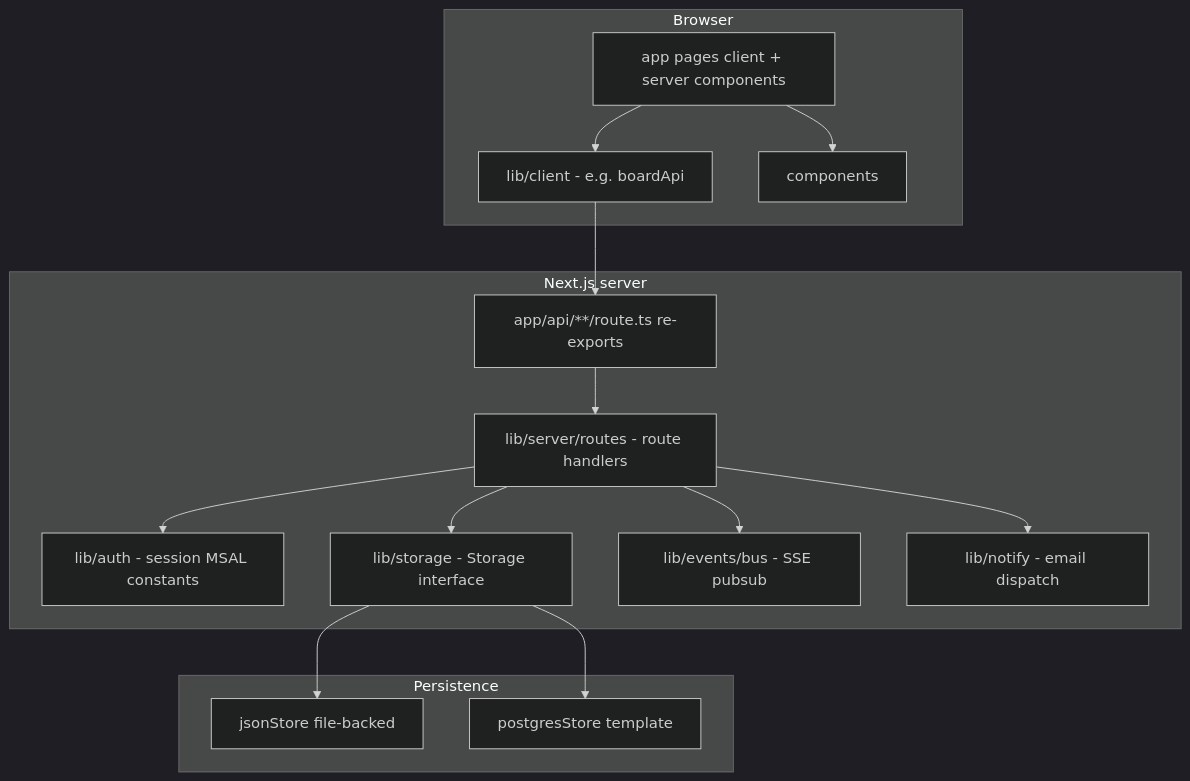
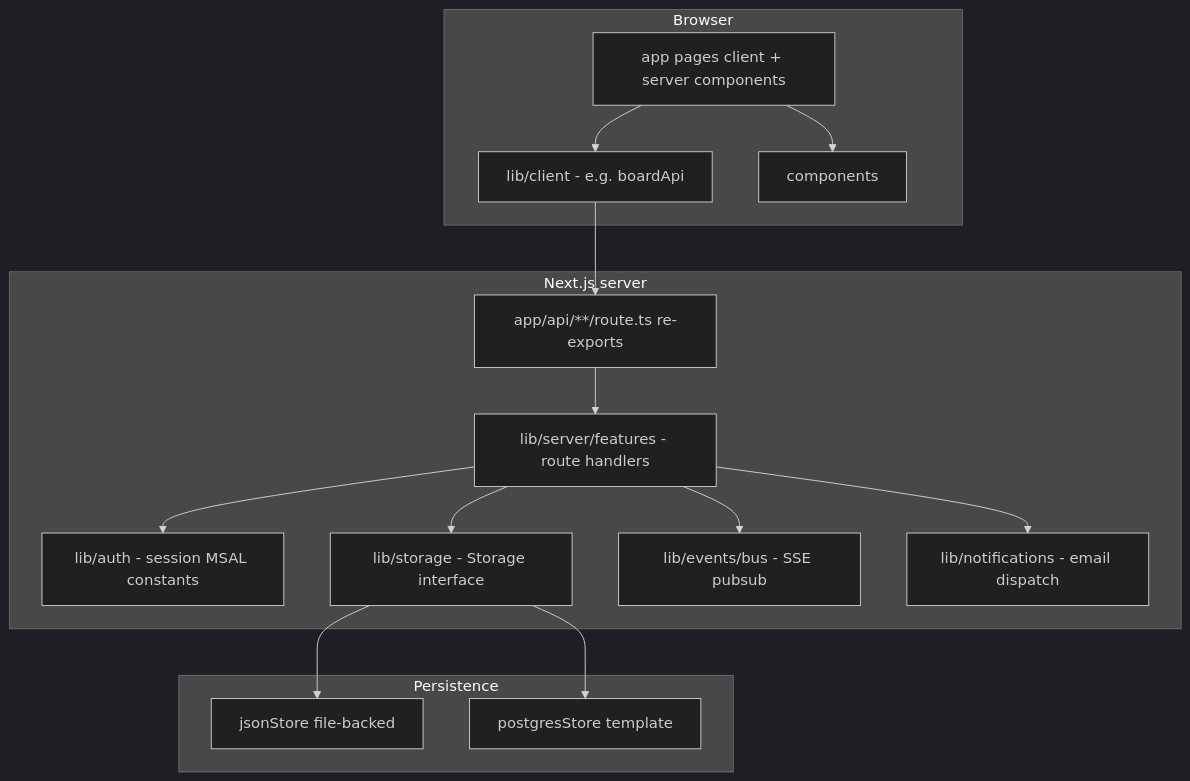
Before and after one commit to geoconinc/Geocon-Accounting-Project-Timeline-Website: the diagram in docs/ARCHITECTURE.md, drawn with Mermaid (dark theme). The commit also changed other lines of this file and 109 other files, not shown here.

````diff
--- a/docs/ARCHITECTURE.md
+++ b/docs/ARCHITECTURE.md
@@ -9,30 +9,30 @@
 ```mermaid
 flowchart TB
   subgraph browser [Browser]
     Pages[app pages client + server components]
     ClientLib[lib/client - e.g. boardApi]
     Components[components]
   end
   subgraph next [Next.js server]
     RouteStubs[app/api/**/route.ts re-exports]
-    Handlers[lib/server/routes - route handlers]
+    Handlers[lib/server/features - route handlers]
     Auth[lib/auth - session MSAL constants]
     Storage[lib/storage - Storage interface]
     Bus[lib/events/bus - SSE pubsub]
-    Notify[lib/notify - email dispatch]
+    Notify[lib/notifications - email dispatch]
   end
   subgraph data [Persistence]
     Json[jsonStore file-backed]
     Pg[postgresStore template]
   end
   Pages --> ClientLib
   Pages --> Components
   ClientLib --> RouteStubs
   RouteStubs --> Handlers
   Handlers --> Auth
   Handlers --> Storage
   Handlers --> Bus
   Handlers --> Notify
   Storage --> Json
   Storage --> Pg
 ```
````
